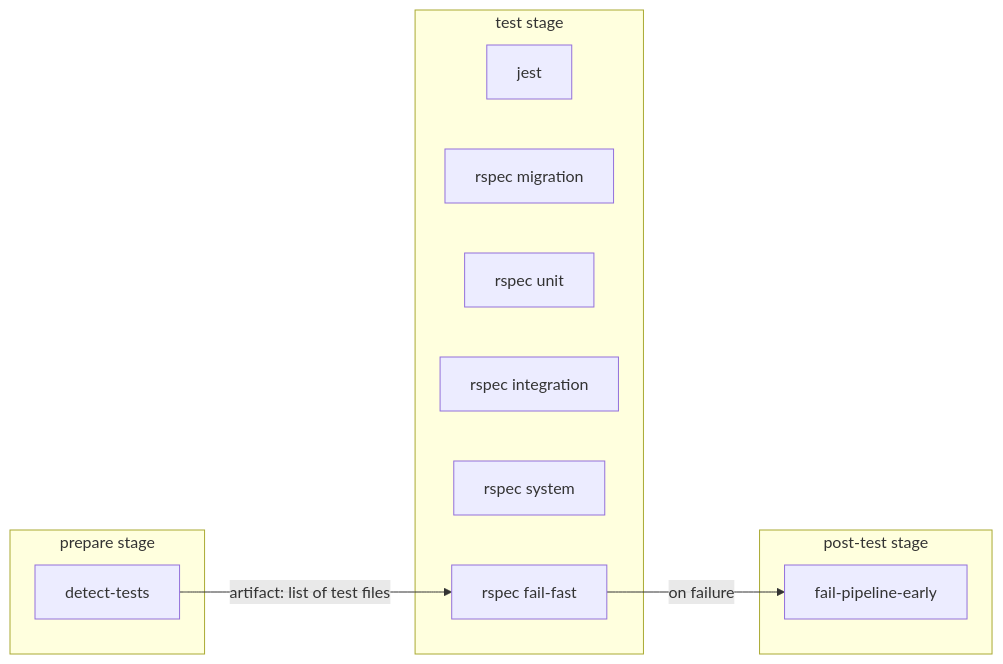
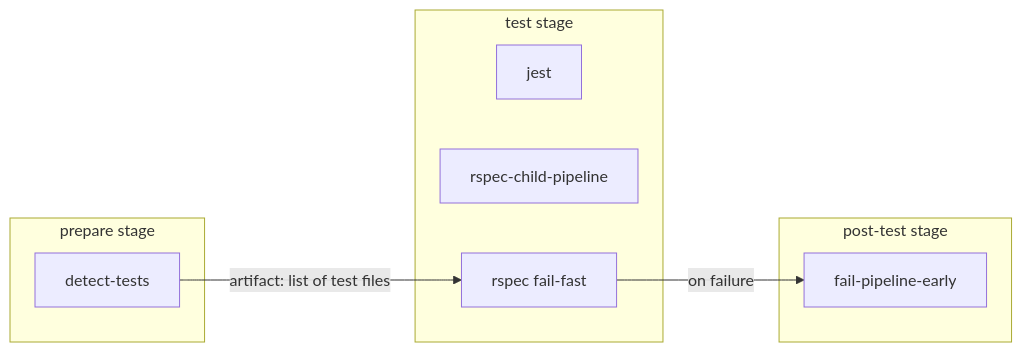
The fifth of 5 diagrams in doc/development/pipelines.md (nickbrandt/GitLab), drawn with Mermaid before and after one commit. The commit also changed other lines of this file and 1 other file, not shown here.

Commit message:
doc: Document rspec child pipeline

````diff
--- a/doc/development/pipelines.md
+++ b/doc/development/pipelines.md
@@ -381,22 +393,19 @@
 ```mermaid
 graph LR
     subgraph "prepare stage";
         A["detect-tests"]
     end
 
     subgraph "test stage";
         B["jest"];
-        C["rspec migration"];
-        D["rspec unit"];
-        E["rspec integration"];
-        F["rspec system"];
+        C["rspec-child-pipeline"];
         G["rspec fail-fast"];
     end
 
     subgraph "post-test stage";
         Z["fail-pipeline-early"];
     end
 
     A --"artifact: list of test files"--> G
     G --"on failure"--> Z
 ```
````
